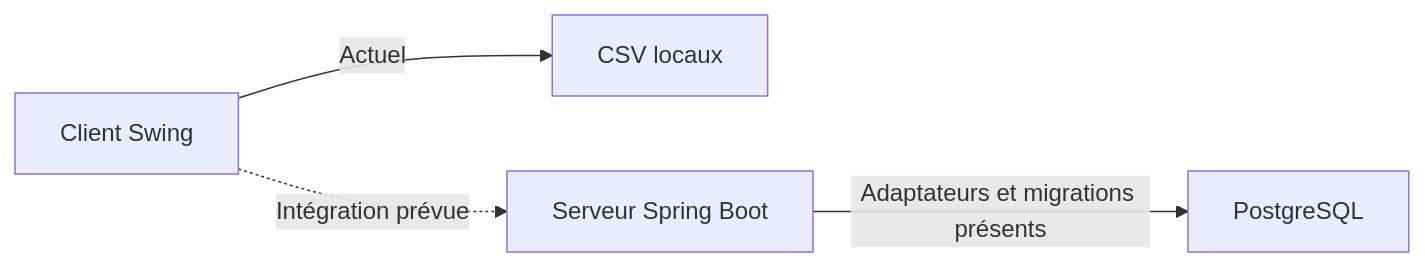
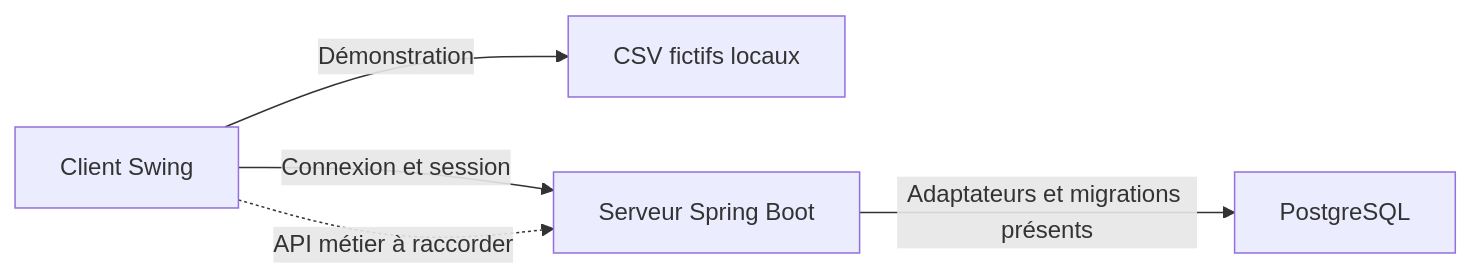
The diagram in README.md (lisepinheiro2-lgtm/gestionplus-server), drawn with Mermaid before and after one commit. The commit also changed other lines of this file and 5 other files, not shown here.

````diff
--- a/README.md
+++ b/README.md
@@ -29,6 +39,7 @@
 ```mermaid
 flowchart LR
-    S["Client Swing"] -->|"Actuel"| C["CSV locaux"]
-    S -. "Intégration prévue" .-> B["Serveur Spring Boot"]
+    S["Client Swing"] -->|"Démonstration"| C["CSV fictifs locaux"]
+    S -->|"Connexion et session"| B["Serveur Spring Boot"]
+    S -. "API métier à raccorder" .-> B
     B -->|"Adaptateurs et migrations présents"| P["PostgreSQL"]
 ```
````
